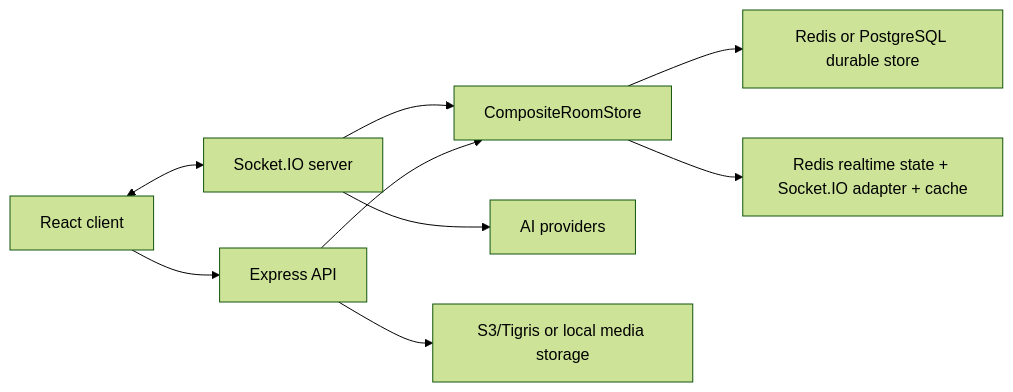
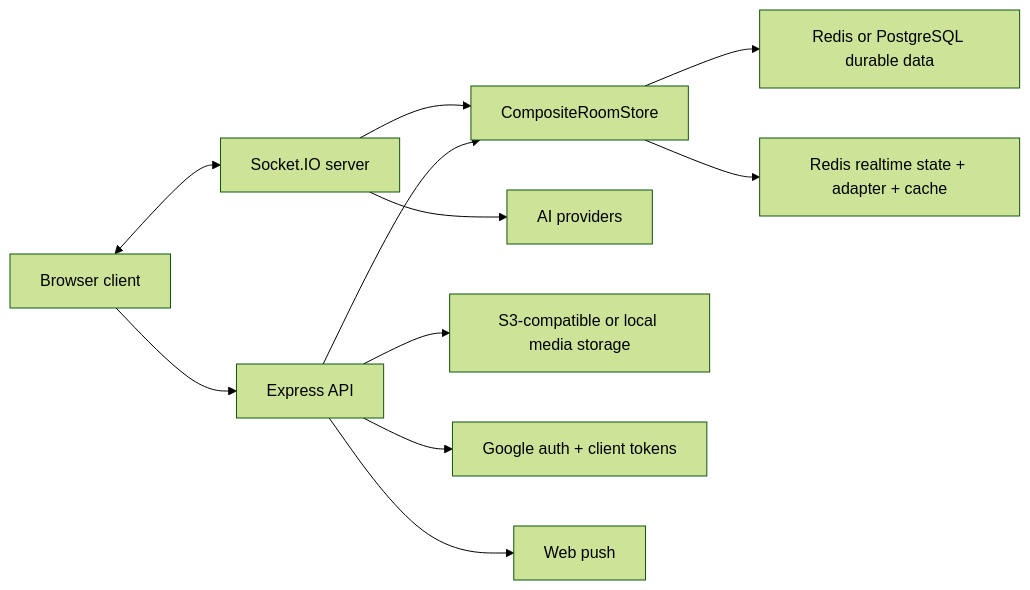
Before and after one commit to WENLIN-LI/message-system: the diagram in README.md, drawn with Mermaid (forest theme). The commit also changed other lines of this file and 3 other files, not shown here.

````diff
--- a/README.md
+++ b/README.md
@@ -33,11 +34,13 @@
 ```mermaid
 flowchart LR
-  Client["React client"] <--> Socket["Socket.IO server"]
-  Client --> HTTP["Express API"]
+  Browser["Browser client"] <--> Socket["Socket.IO server"]
+  Browser --> API["Express API"]
   Socket --> Store["CompositeRoomStore"]
-  HTTP --> Store
-  Store --> Durable["Redis or PostgreSQL durable store"]
-  Store --> Redis["Redis realtime state + Socket.IO adapter + cache"]
+  API --> Store
+  Store --> Durable["Redis or PostgreSQL durable data"]
+  Store --> Realtime["Redis realtime state + adapter + cache"]
   Socket --> AI["AI providers"]
-  HTTP --> Media["S3/Tigris or local media storage"]
+  API --> Media["S3-compatible or local media storage"]
+  API --> Auth["Google auth + client tokens"]
+  API --> Push["Web push"]
 ```
````
